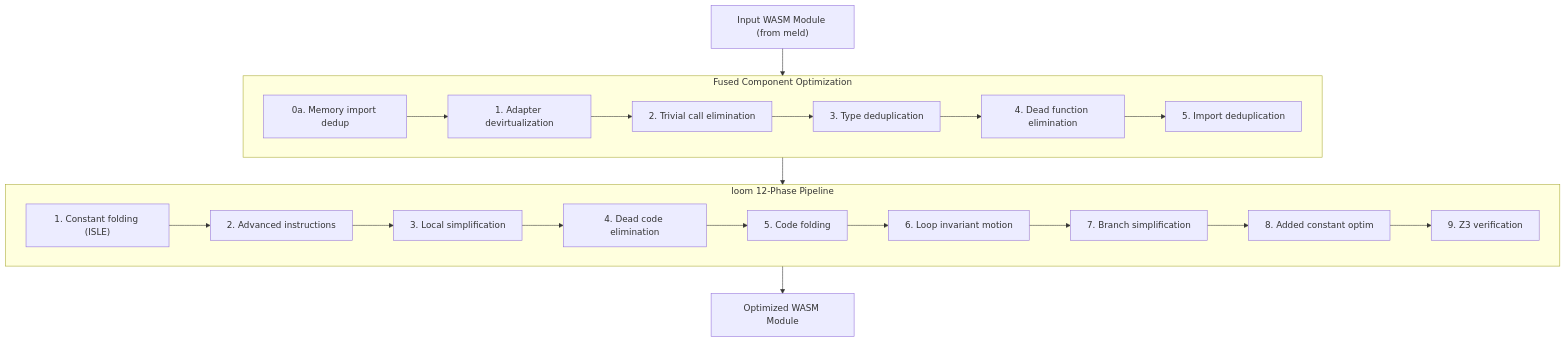
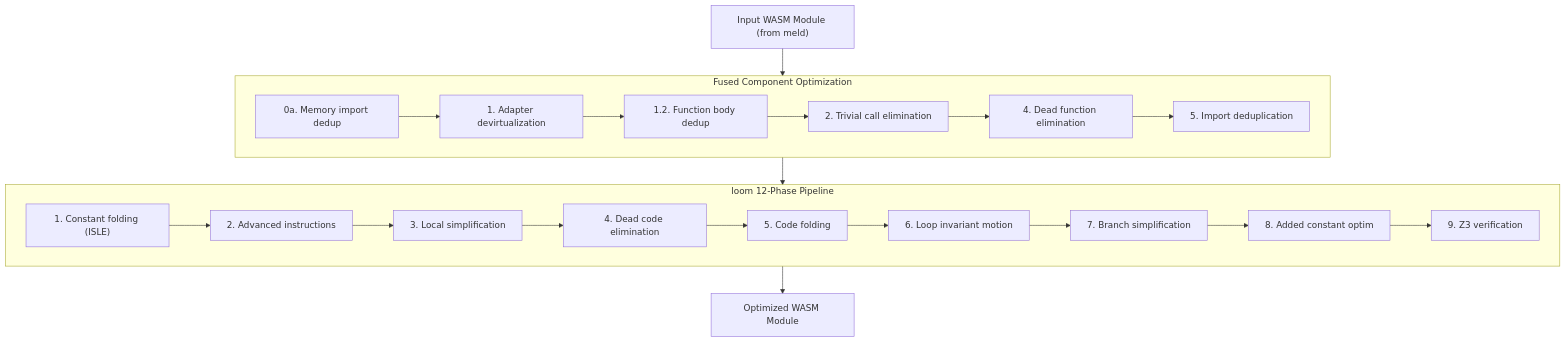
Before and after one commit to pulseengine/loom: the seventh of 8 diagrams in docs/design/fused-component-optimization.md, drawn with Mermaid. The commit also changed other lines of this file and 8 other files, not shown here.

````diff
--- a/docs/design/fused-component-optimization.md
+++ b/docs/design/fused-component-optimization.md
@@ -286,32 +275,32 @@
 ```mermaid
 flowchart TD
     Input["Input WASM Module (from meld)"]
     Input --> Fused
 
     subgraph Fused["Fused Component Optimization"]
         F0a["0a. Memory import dedup"]
         F1["1. Adapter devirtualization"]
+        F12["1.2. Function body dedup"]
         F2["2. Trivial call elimination"]
-        F3["3. Type deduplication"]
         F4["4. Dead function elimination"]
         F5["5. Import deduplication"]
-        F0a --> F1 --> F2 --> F3 --> F4 --> F5
+        F0a --> F1 --> F12 --> F2 --> F4 --> F5
     end
 
     Fused --> Standard
 
     subgraph Standard["loom 12-Phase Pipeline"]
         S1["1. Constant folding (ISLE)"]
         S2["2. Advanced instructions"]
         S3["3. Local simplification"]
         S4["4. Dead code elimination"]
         S5["5. Code folding"]
         S6["6. Loop invariant motion"]
         S7["7. Branch simplification"]
         S8["8. Added constant optim"]
         S9["9. Z3 verification"]
         S1 --> S2 --> S3 --> S4 --> S5 --> S6 --> S7 --> S8 --> S9
     end
 
     Standard --> Output["Optimized WASM Module"]
 ```
````
